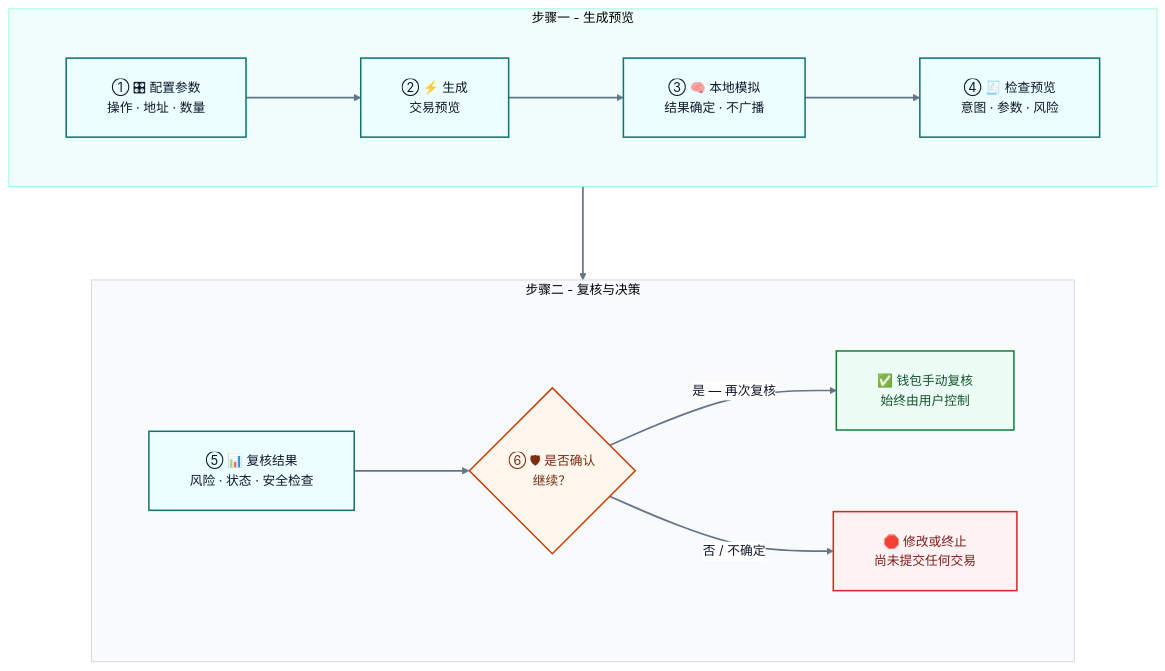
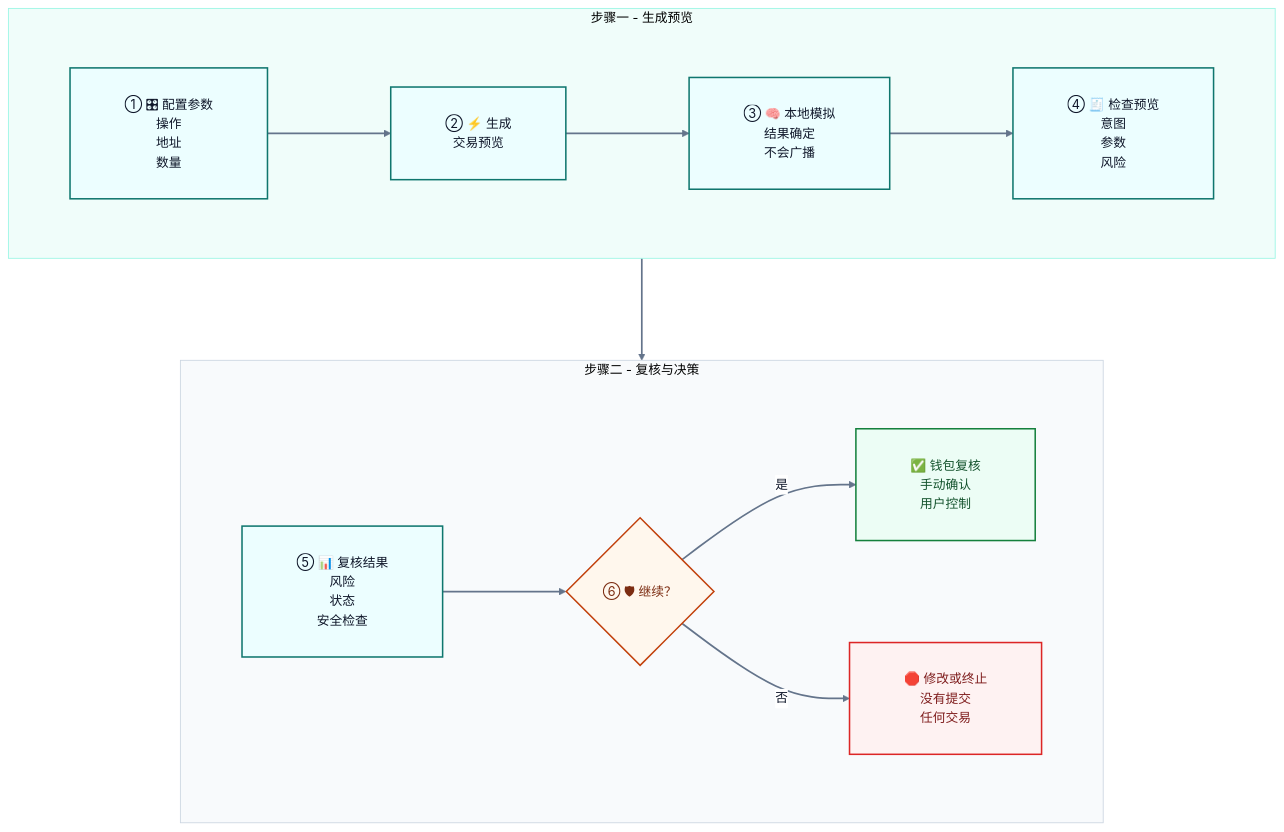
Before and after one commit to sunshineluyao/Moss-Mcp-Transaction: the fifth of 8 diagrams in README.md, drawn with Mermaid. The commit also changed other lines of this file, not shown here.

Commit message:
Improve readability across all Mermaid diagrams

````diff
--- a/README.md
+++ b/README.md
@@ -542,32 +542,32 @@
 ```mermaid
-%%{init: {'theme':'base','flowchart': {'htmlLabels': true, 'nodeSpacing': 96, 'rankSpacing': 110, 'curve': 'basis', 'padding': 24, 'wrappingWidth': 180},'themeVariables': {'fontFamily':'Inter, Segoe UI, sans-serif','fontSize':'15px','primaryTextColor':'#0f172a','lineColor':'#64748b','clusterBkg':'#f8fafc','clusterBorder':'#cbd5e1','edgeLabelBackground':'#ffffff','primaryBorderColor':'#2563eb','primaryColor':'#eff6ff'}}}%%
+%%{init: {'theme':'base','flowchart': {'htmlLabels': true, 'nodeSpacing': 120, 'rankSpacing': 120, 'curve': 'basis', 'padding': 32, 'diagramPadding': 24, 'wrappingWidth': 260},'themeVariables': {'fontFamily':'Inter, Segoe UI, sans-serif','fontSize':'15px','primaryTextColor':'#0f172a','lineColor':'#64748b','clusterBkg':'#f8fafc','clusterBorder':'#cbd5e1','edgeLabelBackground':'#ffffff','primaryBorderColor':'#2563eb','primaryColor':'#eff6ff'}}}%%
 flowchart TB
   subgraph R1[步骤一 - 生成预览]
     direction LR
-    A["① 🎛 配置参数<br/>操作 · 地址 · 数量"] --> B["② ⚡ 生成<br/>交易预览"]
-    B --> C["③ 🧠 本地模拟<br/>结果确定 · 不广播"]
-    C --> D["④ 🧾 检查预览<br/>意图 · 参数 · 风险"]
+    A["① 🎛 配置参数<br/>操作<br/>地址<br/>数量"] --> B["② ⚡ 生成<br/>交易预览"]
+    B --> C["③ 🧠 本地模拟<br/>结果确定<br/>不会广播"]
+    C --> D["④ 🧾 检查预览<br/>意图<br/>参数<br/>风险"]
   end
 
   subgraph R2[步骤二 - 复核与决策]
     direction LR
-    E["⑤ 📊 复核结果<br/>风险 · 状态 · 安全检查"] --> F{"⑥ 🛡 是否确认<br/>继续？"}
-    F -->|是 — 再次复核| G["✅ 钱包手动复核<br/>始终由用户控制"]
-    F -->|否 / 不确定| H["🛑 修改或终止<br/>尚未提交任何交易"]
+    E["⑤ 📊 复核结果<br/>风险<br/>状态<br/>安全检查"] --> F{"⑥ 🛡 继续？"}
+    F -->|是| G["✅ 钱包复核<br/>手动确认<br/>用户控制"]
+    F -->|否| H["🛑 修改或终止<br/>没有提交<br/>任何交易"]
   end
 
   D --> E
 
   classDef main fill:#ecfeff,stroke:#0f766e,stroke-width:1.8px,color:#0f172a;
   classDef decision fill:#fff7ed,stroke:#c2410c,stroke-width:1.8px,color:#7c2d12;
   classDef success fill:#ecfdf5,stroke:#15803d,stroke-width:1.8px,color:#14532d;
   classDef stop fill:#fef2f2,stroke:#dc2626,stroke-width:1.8px,color:#7f1d1d;
 
   class A,B,C,D,E main;
   class F decision;
   class G success;
   class H stop;
   style R1 fill:#f0fdfa,stroke:#99f6e4,stroke-width:1px
   style R2 fill:#f8fafc,stroke:#cbd5e1,stroke-width:1px
   linkStyle default stroke:#64748b,stroke-width:2px;
 ```
````
